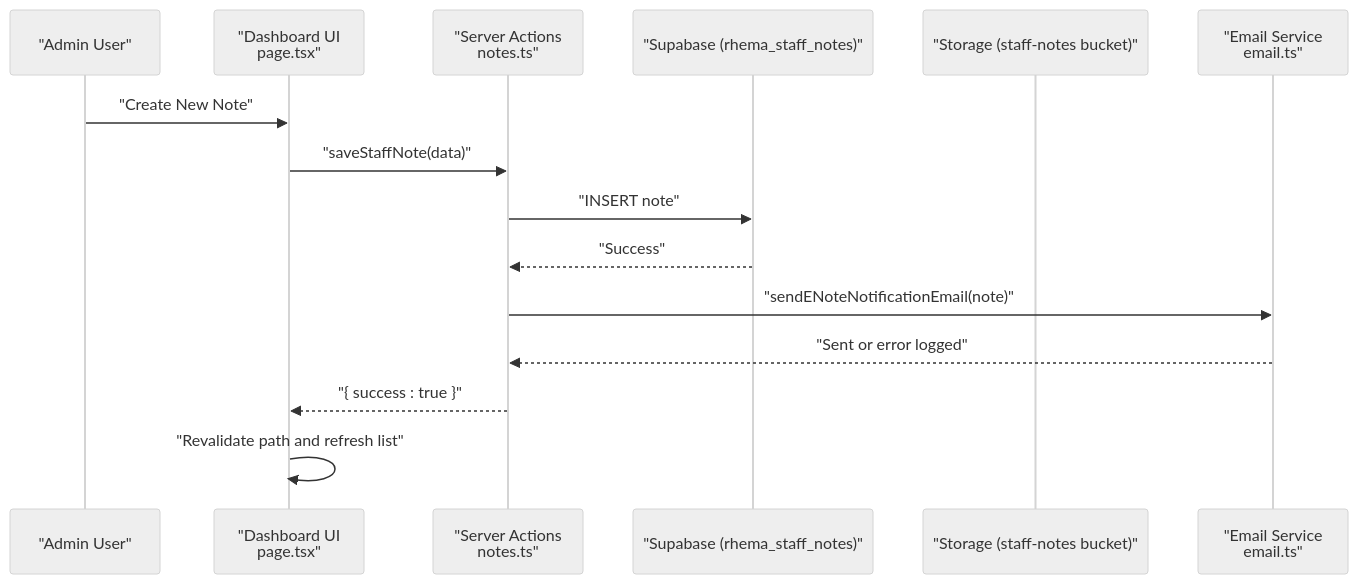
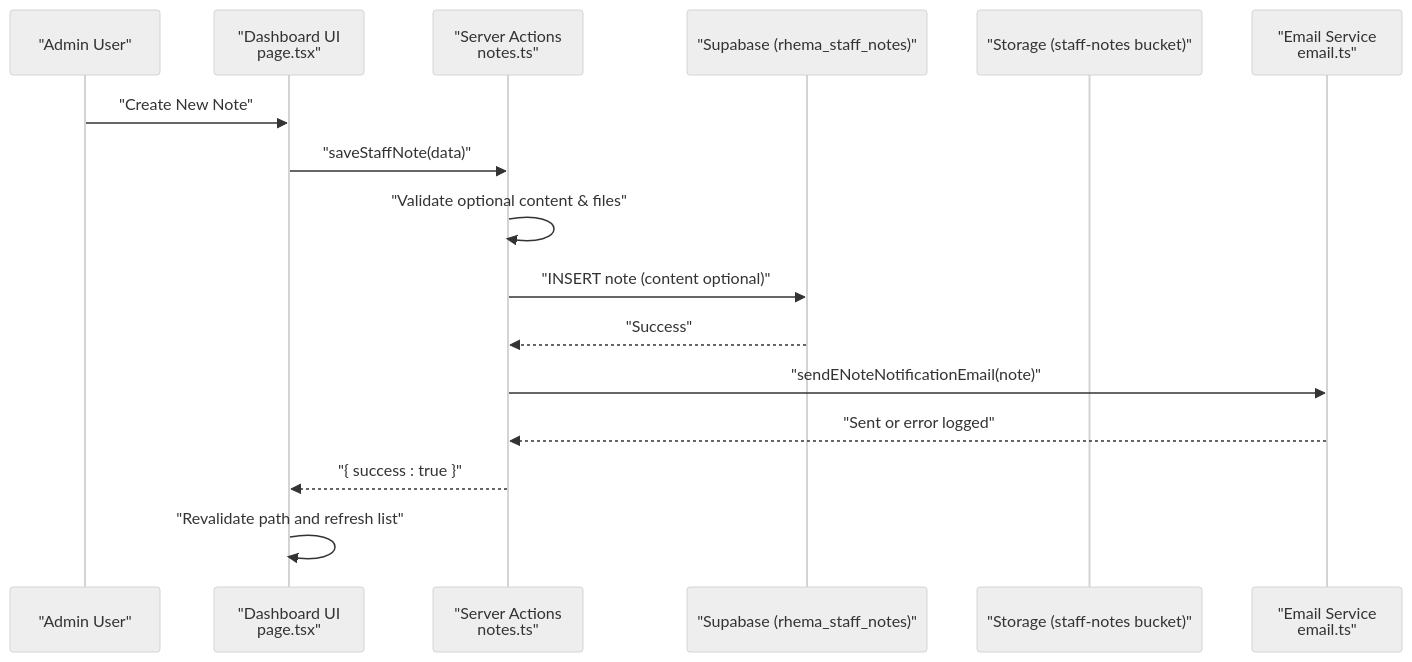
Before and after one commit to Black-box01/rhemaexpertsolutions: the second of 8 diagrams in .qoder/repowiki/en/content/Server Actions and Data Management/Staff E-Notes System.md, drawn with Mermaid (neutral theme). The commit also changed other lines of this file and 37 other files, not shown here.

````diff
--- a/.qoder/repowiki/en/content/Server Actions and Data Management/Staff E-Notes System.md
+++ b/.qoder/repowiki/en/content/Server Actions and Data Management/Staff E-Notes System.md
@@ -128,17 +139,18 @@
 ```mermaid
 sequenceDiagram
 participant U as "Admin User"
 participant UI as "Dashboard UI<br/>page.tsx"
 participant SA as "Server Actions<br/>notes.ts"
 participant DB as "Supabase (rhema_staff_notes)"
 participant ST as "Storage (staff-notes bucket)"
 participant EM as "Email Service<br/>email.ts"
 U->>UI : "Create New Note"
 UI->>SA : "saveStaffNote(data)"
-SA->>DB : "INSERT note"
+SA->>SA : "Validate optional content & files"
+SA->>DB : "INSERT note (content optional)"
 DB-->>SA : "Success"
 SA->>EM : "sendENoteNotificationEmail(note)"
 EM-->>SA : "Sent or error logged"
 SA-->>UI : "{ success : true }"
 UI->>UI : "Revalidate path and refresh list"
 ```
````
